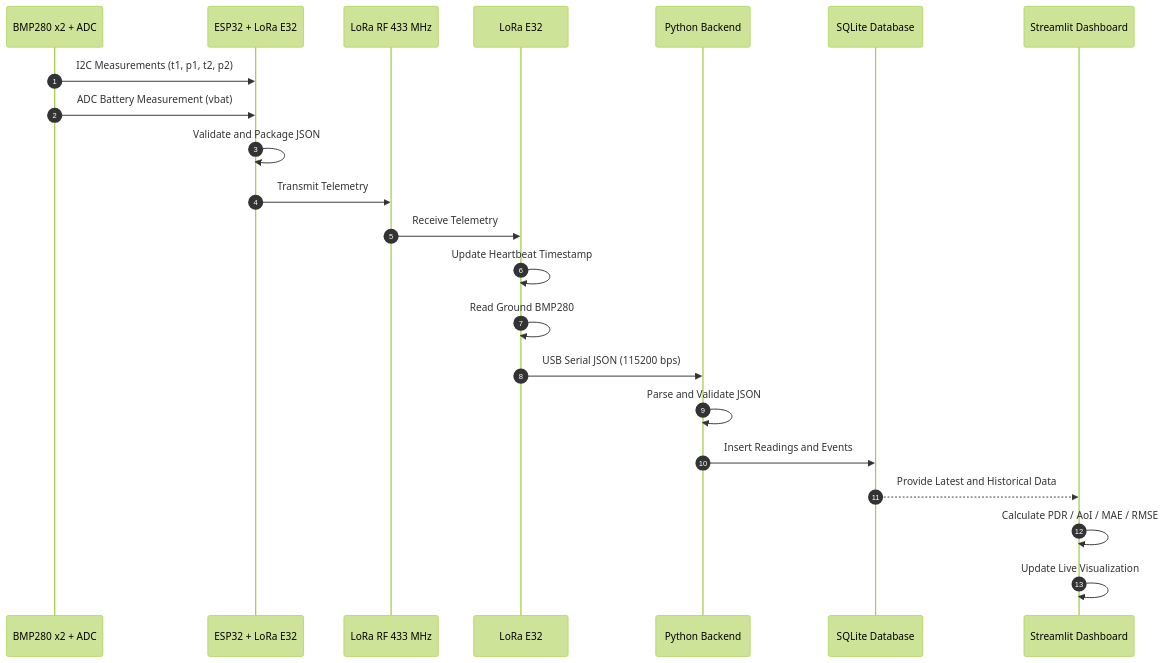
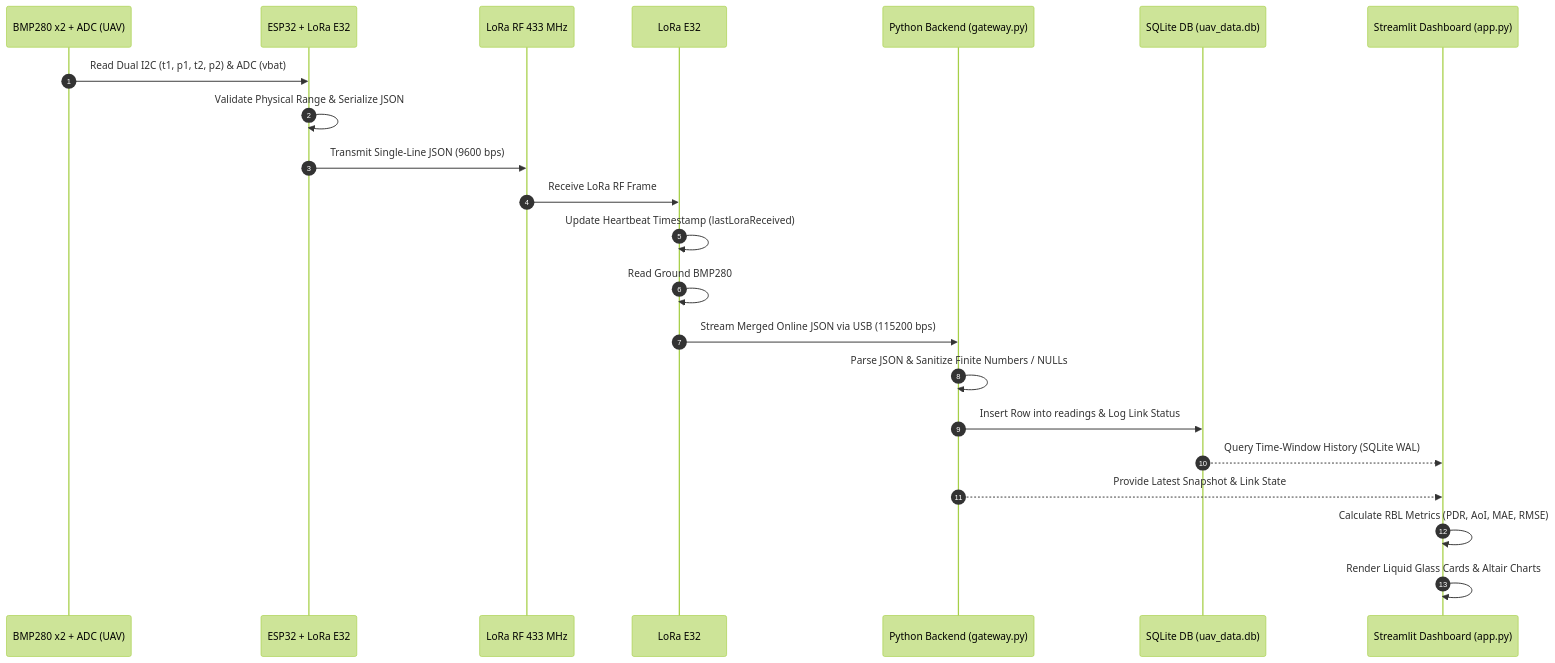
Before and after one commit to phllonq/26FA-IA2103-Group5-IOT102-FinalReport: the fifth of 6 diagrams in Diagrams/README.md, drawn with Mermaid (forest theme). The commit also changed other lines of this file, not shown here.

````diff
--- a/Diagrams/README.md
+++ b/Diagrams/README.md
@@ -470,26 +385,26 @@
 ```mermaid
 sequenceDiagram
     autonumber
 
-    participant S as BMP280 x2 + ADC
+    participant S as BMP280 x2 + ADC (UAV)
     participant U as ESP32 + LoRa E32 #1
     participant R as LoRa RF 433 MHz
     participant G as LoRa E32 #2 + ESP8266
-    participant P as Python Backend
-    participant D as SQLite Database
-    participant UI as Streamlit Dashboard
+    participant P as Python Backend (gateway.py)
+    participant D as SQLite DB (uav_data.db)
+    participant UI as Streamlit Dashboard (app.py)
 
-    S->>U: I2C Measurements (t1, p1, t2, p2)
-    S->>U: ADC Battery Measurement (vbat)
-    U->>U: Validate and Package JSON
-    U->>R: Transmit Telemetry
-    R->>G: Receive Telemetry
-    G->>G: Update Heartbeat Timestamp
-    G->>G: Read Ground BMP280 #3
-    G->>P: USB Serial JSON (115200 bps)
-    P->>P: Parse and Validate JSON
-    P->>D: Insert Readings and Events
-    D-->>UI: Provide Latest and Historical Data
-    UI->>UI: Calculate PDR / AoI / MAE / RMSE
-    UI->>UI: Update Live Visualization
+    S->>U: Read Dual I2C (t1, p1, t2, p2) & ADC (vbat)
+    U->>U: Validate Physical Range & Serialize JSON
+    U->>R: Transmit Single-Line JSON (9600 bps)
+    R->>G: Receive LoRa RF Frame
+    G->>G: Update Heartbeat Timestamp (lastLoraReceived)
+    G->>G: Read Ground BMP280 #3 (t3, p3)
+    G->>P: Stream Merged Online JSON via USB (115200 bps)
+    P->>P: Parse JSON & Sanitize Finite Numbers / NULLs
+    P->>D: Insert Row into readings & Log Link Status
+    D-->>UI: Query Time-Window History (SQLite WAL)
+    P-->>UI: Provide Latest Snapshot & Link State
+    UI->>UI: Calculate RBL Metrics (PDR, AoI, MAE, RMSE)
+    UI->>UI: Render Liquid Glass Cards & Altair Charts
 ```
````
